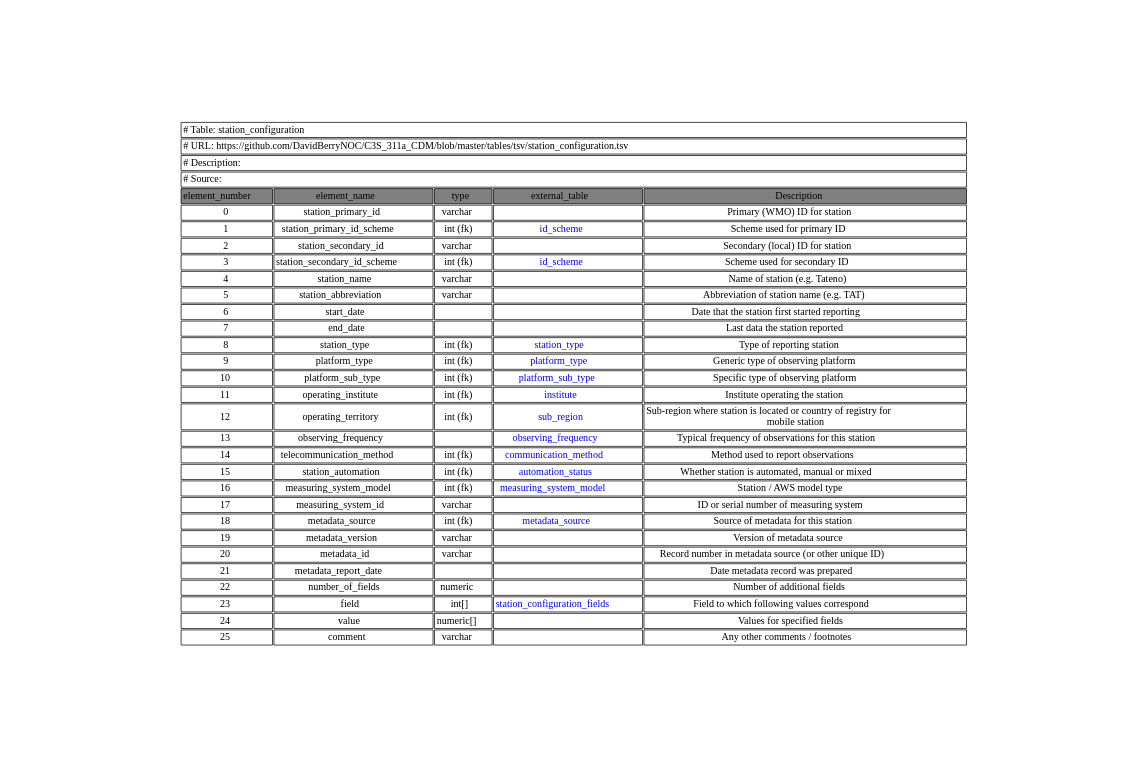
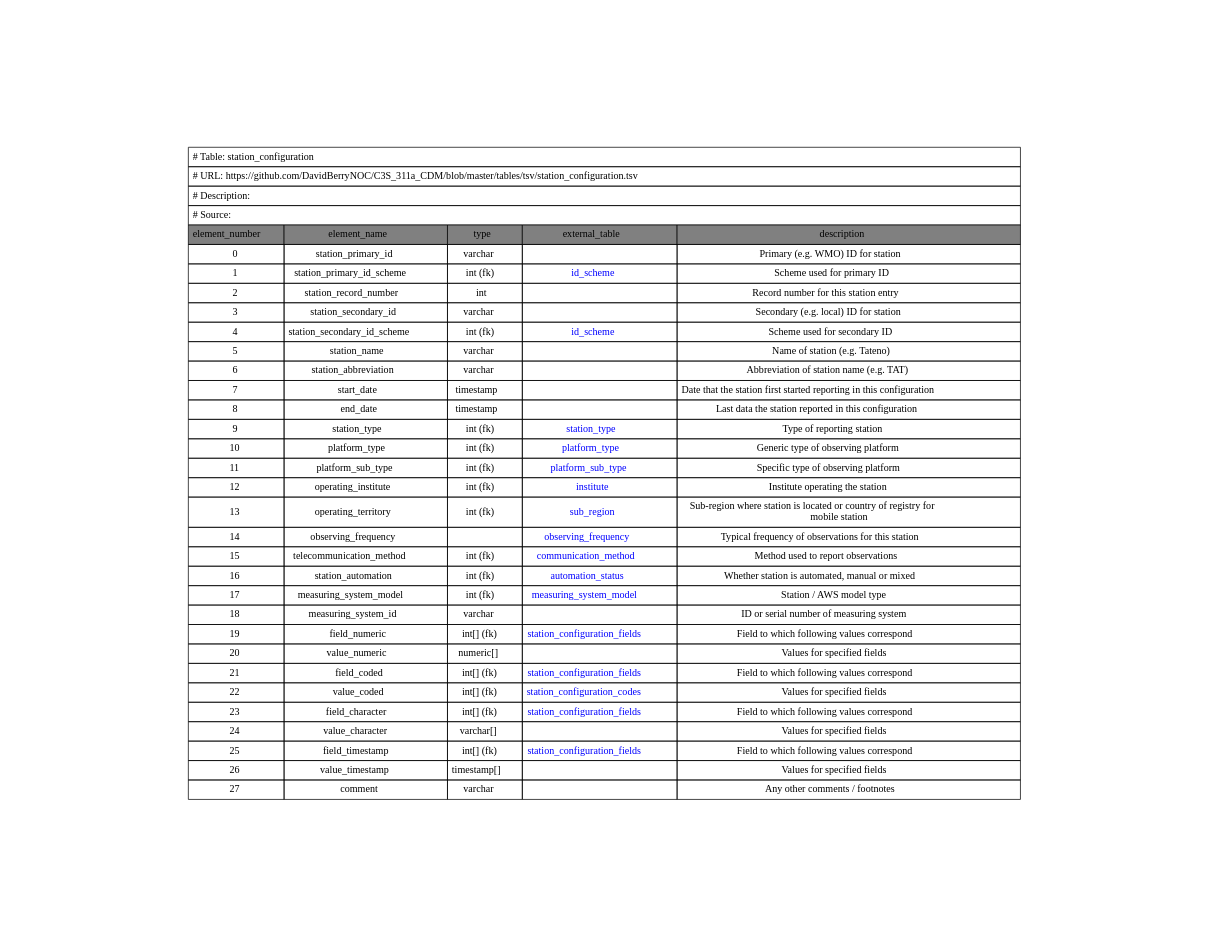
Before and after one commit to glamod/common_data_model: the diagram in graphviz/station_configuration.gv, drawn with Graphviz. The commit also changed 269 other files, not shown here.

```diff
--- a/graphviz/station_configuration.gv
+++ b/graphviz/station_configuration.gv
@@ -1,36 +1,38 @@
 digraph station_configuration {
 node [color=white]
-station_configuration [label=<<TABLE BORDER="0" CELLBORDER="1" CELLSPACING="2" COLOR="BLACK">
+station_configuration [label=<<TABLE BORDER="0" CELLBORDER="1" CELLSPACING="0" CELLPADDING="5" COLOR="BLACK">
 <TR><TD COLSPAN="5" ALIGN="left" PORT="head"># Table: station_configuration</TD></TR>
 <TR><TD COLSPAN="5" ALIGN="left"># URL: https://github.com/DavidBerryNOC/C3S_311a_CDM/blob/master/tables/tsv/station_configuration.tsv</TD></TR>
 <TR><TD ALIGN="left" COLSPAN="5"># Description:</TD></TR>
 <TR><TD ALIGN="left" COLSPAN="5"># Source: </TD></TR>
-<TR><TD BGCOLOR="GRAY">element_number</TD><TD BGCOLOR="GRAY">element_name</TD><TD BGCOLOR="GRAY">type</TD><TD BGCOLOR="GRAY">external_table</TD><TD BGCOLOR="GRAY">Description</TD></TR>
-<TR><TD PORT="station_primary_idL">0</TD><TD>station_primary_id </TD><TD>varchar </TD><TD></TD><TD PORT="station_primary_idR">Primary (WMO) ID for station </TD></TR>
+<TR><TD BGCOLOR="GRAY">element_number</TD><TD BGCOLOR="GRAY">element_name</TD><TD BGCOLOR="GRAY">type</TD><TD BGCOLOR="GRAY">external_table</TD><TD BGCOLOR="GRAY">description</TD></TR>
+<TR><TD PORT="station_primary_idL">0</TD><TD>station_primary_id </TD><TD>varchar </TD><TD></TD><TD PORT="station_primary_idR">Primary (e.g. WMO) ID for station </TD></TR>
 <TR><TD PORT="station_primary_id_schemeL">1</TD><TD>station_primary_id_scheme </TD><TD>int (fk) </TD><TD HREF="https://github.com/DavidBerryNOC/C3S_311a_CDM/blob/master/tables/tsv/id_scheme.tsv"><FONT color="blue">id_scheme </FONT></TD><TD PORT="station_primary_id_schemeR">Scheme used for primary ID </TD></TR>
-<TR><TD PORT="station_secondary_idL">2</TD><TD>station_secondary_id </TD><TD>varchar </TD><TD></TD><TD PORT="station_secondary_idR">Secondary (local) ID for station </TD></TR>
-<TR><TD PORT="station_secondary_id_schemeL">3</TD><TD>station_secondary_id_scheme </TD><TD>int (fk) </TD><TD HREF="https://github.com/DavidBerryNOC/C3S_311a_CDM/blob/master/tables/tsv/id_scheme.tsv"><FONT color="blue">id_scheme </FONT></TD><TD PORT="station_secondary_id_schemeR">Scheme used for secondary ID </TD></TR>
-<TR><TD PORT="station_nameL">4</TD><TD>station_name </TD><TD>varchar </TD><TD></TD><TD PORT="station_nameR">Name of station (e.g. Tateno) </TD></TR>
-<TR><TD PORT="station_abbreviationL">5</TD><TD>station_abbreviation </TD><TD>varchar </TD><TD></TD><TD PORT="station_abbreviationR">Abbreviation of station name (e.g. TAT) </TD></TR>
-<TR><TD PORT="start_dateL">6</TD><TD>start_date </TD><TD></TD><TD></TD><TD PORT="start_dateR">Date that the station first started reporting </TD></TR>
-<TR><TD PORT="end_dateL">7</TD><TD>end_date </TD><TD></TD><TD></TD><TD PORT="end_dateR">Last data the station reported </TD></TR>
-<TR><TD PORT="station_typeL">8</TD><TD>station_type </TD><TD>int (fk) </TD><TD HREF="https://github.com/DavidBerryNOC/C3S_311a_CDM/blob/master/tables/tsv/station_type.tsv"><FONT color="blue">station_type </FONT></TD><TD PORT="station_typeR">Type of reporting station </TD></TR>
-<TR><TD PORT="platform_typeL">9</TD><TD>platform_type </TD><TD>int (fk) </TD><TD HREF="https://github.com/DavidBerryNOC/C3S_311a_CDM/blob/master/tables/tsv/platform_type.tsv"><FONT color="blue">platform_type </FONT></TD><TD PORT="platform_typeR">Generic type of observing platform </TD></TR>
-<TR><TD PORT="platform_sub_typeL">10</TD><TD>platform_sub_type </TD><TD>int (fk) </TD><TD HREF="https://github.com/DavidBerryNOC/C3S_311a_CDM/blob/master/tables/tsv/platform_sub_type.tsv"><FONT color="blue">platform_sub_type </FONT></TD><TD PORT="platform_sub_typeR">Specific type of observing platform </TD></TR>
-<TR><TD PORT="operating_instituteL">11</TD><TD>operating_institute </TD><TD>int (fk) </TD><TD HREF="https://github.com/DavidBerryNOC/C3S_311a_CDM/blob/master/tables/tsv/institute.tsv"><FONT color="blue">institute </FONT></TD><TD PORT="operating_instituteR">Institute operating the station </TD></TR>
-<TR><TD PORT="operating_territoryL">12</TD><TD>operating_territory </TD><TD>int (fk) </TD><TD HREF="https://github.com/DavidBerryNOC/C3S_311a_CDM/blob/master/tables/tsv/sub_region.tsv"><FONT color="blue">sub_region </FONT></TD><TD PORT="operating_territoryR">Sub-region where station is located or country of registry for <BR/>mobile station </TD></TR>
-<TR><TD PORT="observing_frequencyL">13</TD><TD>observing_frequency </TD><TD></TD><TD HREF="https://github.com/DavidBerryNOC/C3S_311a_CDM/blob/master/tables/tsv/observing_frequency.tsv"><FONT color="blue">observing_frequency </FONT></TD><TD PORT="observing_frequencyR">Typical frequency of observations for this station </TD></TR>
-<TR><TD PORT="telecommunication_methodL">14</TD><TD>telecommunication_method </TD><TD>int (fk) </TD><TD HREF="https://github.com/DavidBerryNOC/C3S_311a_CDM/blob/master/tables/tsv/communication_method.tsv"><FONT color="blue">communication_method </FONT></TD><TD PORT="telecommunication_methodR">Method used to report observations </TD></TR>
-<TR><TD PORT="station_automationL">15</TD><TD>station_automation </TD><TD>int (fk) </TD><TD HREF="https://github.com/DavidBerryNOC/C3S_311a_CDM/blob/master/tables/tsv/automation_status.tsv"><FONT color="blue">automation_status </FONT></TD><TD PORT="station_automationR">Whether station is automated, manual or mixed </TD></TR>
-<TR><TD PORT="measuring_system_modelL">16</TD><TD>measuring_system_model </TD><TD>int (fk) </TD><TD HREF="https://github.com/DavidBerryNOC/C3S_311a_CDM/blob/master/tables/tsv/measuring_system_model.tsv"><FONT color="blue">measuring_system_model </FONT></TD><TD PORT="measuring_system_modelR">Station / AWS model type </TD></TR>
-<TR><TD PORT="measuring_system_idL">17</TD><TD>measuring_system_id </TD><TD>varchar </TD><TD></TD><TD PORT="measuring_system_idR">ID or serial number of measuring system </TD></TR>
-<TR><TD PORT="metadata_sourceL">18</TD><TD>metadata_source </TD><TD>int (fk) </TD><TD HREF="https://github.com/DavidBerryNOC/C3S_311a_CDM/blob/master/tables/tsv/metadata_source.tsv"><FONT color="blue">metadata_source </FONT></TD><TD PORT="metadata_sourceR">Source of metadata for this station </TD></TR>
-<TR><TD PORT="metadata_versionL">19</TD><TD>metadata_version </TD><TD>varchar </TD><TD></TD><TD PORT="metadata_versionR">Version of metadata source </TD></TR>
-<TR><TD PORT="metadata_idL">20</TD><TD>metadata_id </TD><TD>varchar </TD><TD></TD><TD PORT="metadata_idR">Record number in metadata source (or other unique ID) </TD></TR>
-<TR><TD PORT="metadata_report_dateL">21</TD><TD>metadata_report_date </TD><TD></TD><TD></TD><TD PORT="metadata_report_dateR">Date metadata record was prepared </TD></TR>
-<TR><TD PORT="number_of_fieldsL">22</TD><TD>number_of_fields </TD><TD>numeric </TD><TD></TD><TD PORT="number_of_fieldsR">Number of additional fields </TD></TR>
-<TR><TD PORT="fieldL">23</TD><TD>field </TD><TD>int[] </TD><TD HREF="https://github.com/DavidBerryNOC/C3S_311a_CDM/blob/master/tables/tsv/station_configuration_fields.tsv"><FONT color="blue">station_configuration_fields </FONT></TD><TD PORT="fieldR">Field to which following values correspond </TD></TR>
-<TR><TD PORT="valueL">24</TD><TD>value </TD><TD>numeric[] </TD><TD></TD><TD PORT="valueR">Values for specified fields </TD></TR>
-<TR><TD PORT="commentL">25</TD><TD>comment </TD><TD>varchar </TD><TD></TD><TD PORT="commentR">Any other comments / footnotes </TD></TR>
+<TR><TD PORT="station_record_numberL">2</TD><TD>station_record_number </TD><TD>int </TD><TD></TD><TD PORT="station_record_numberR">Record number for this station entry </TD></TR>
+<TR><TD PORT="station_secondary_idL">3</TD><TD>station_secondary_id </TD><TD>varchar </TD><TD></TD><TD PORT="station_secondary_idR">Secondary (e.g. local) ID for station </TD></TR>
+<TR><TD PORT="station_secondary_id_schemeL">4</TD><TD>station_secondary_id_scheme </TD><TD>int (fk) </TD><TD HREF="https://github.com/DavidBerryNOC/C3S_311a_CDM/blob/master/tables/tsv/id_scheme.tsv"><FONT color="blue">id_scheme </FONT></TD><TD PORT="station_secondary_id_schemeR">Scheme used for secondary ID </TD></TR>
+<TR><TD PORT="station_nameL">5</TD><TD>station_name </TD><TD>varchar </TD><TD></TD><TD PORT="station_nameR">Name of station (e.g. Tateno) </TD></TR>
+<TR><TD PORT="station_abbreviationL">6</TD><TD>station_abbreviation </TD><TD>varchar </TD><TD></TD><TD PORT="station_abbreviationR">Abbreviation of station name (e.g. TAT) </TD></TR>
+<TR><TD PORT="start_dateL">7</TD><TD>start_date </TD><TD>timestamp </TD><TD></TD><TD PORT="start_dateR">Date that the station first started reporting in this configuration <BR/></TD></TR>
+<TR><TD PORT="end_dateL">8</TD><TD>end_date </TD><TD>timestamp </TD><TD></TD><TD PORT="end_dateR">Last data the station reported in this configuration </TD></TR>
+<TR><TD PORT="station_typeL">9</TD><TD>station_type </TD><TD>int (fk) </TD><TD HREF="https://github.com/DavidBerryNOC/C3S_311a_CDM/blob/master/tables/tsv/station_type.tsv"><FONT color="blue">station_type </FONT></TD><TD PORT="station_typeR">Type of reporting station </TD></TR>
+<TR><TD PORT="platform_typeL">10</TD><TD>platform_type </TD><TD>int (fk) </TD><TD HREF="https://github.com/DavidBerryNOC/C3S_311a_CDM/blob/master/tables/tsv/platform_type.tsv"><FONT color="blue">platform_type </FONT></TD><TD PORT="platform_typeR">Generic type of observing platform </TD></TR>
+<TR><TD PORT="platform_sub_typeL">11</TD><TD>platform_sub_type </TD><TD>int (fk) </TD><TD HREF="https://github.com/DavidBerryNOC/C3S_311a_CDM/blob/master/tables/tsv/platform_sub_type.tsv"><FONT color="blue">platform_sub_type </FONT></TD><TD PORT="platform_sub_typeR">Specific type of observing platform </TD></TR>
+<TR><TD PORT="operating_instituteL">12</TD><TD>operating_institute </TD><TD>int (fk) </TD><TD HREF="https://github.com/DavidBerryNOC/C3S_311a_CDM/blob/master/tables/tsv/institute.tsv"><FONT color="blue">institute </FONT></TD><TD PORT="operating_instituteR">Institute operating the station </TD></TR>
+<TR><TD PORT="operating_territoryL">13</TD><TD>operating_territory </TD><TD>int (fk) </TD><TD HREF="https://github.com/DavidBerryNOC/C3S_311a_CDM/blob/master/tables/tsv/sub_region.tsv"><FONT color="blue">sub_region </FONT></TD><TD PORT="operating_territoryR">Sub-region where station is located or country of registry for <BR/>mobile station </TD></TR>
+<TR><TD PORT="observing_frequencyL">14</TD><TD>observing_frequency </TD><TD></TD><TD HREF="https://github.com/DavidBerryNOC/C3S_311a_CDM/blob/master/tables/tsv/observing_frequency.tsv"><FONT color="blue">observing_frequency </FONT></TD><TD PORT="observing_frequencyR">Typical frequency of observations for this station </TD></TR>
+<TR><TD PORT="telecommunication_methodL">15</TD><TD>telecommunication_method </TD><TD>int (fk) </TD><TD HREF="https://github.com/DavidBerryNOC/C3S_311a_CDM/blob/master/tables/tsv/communication_method.tsv"><FONT color="blue">communication_method </FONT></TD><TD PORT="telecommunication_methodR">Method used to report observations </TD></TR>
+<TR><TD PORT="station_automationL">16</TD><TD>station_automation </TD><TD>int (fk) </TD><TD HREF="https://github.com/DavidBerryNOC/C3S_311a_CDM/blob/master/tables/tsv/automation_status.tsv"><FONT color="blue">automation_status </FONT></TD><TD PORT="station_automationR">Whether station is automated, manual or mixed </TD></TR>
+<TR><TD PORT="measuring_system_modelL">17</TD><TD>measuring_system_model </TD><TD>int (fk) </TD><TD HREF="https://github.com/DavidBerryNOC/C3S_311a_CDM/blob/master/tables/tsv/measuring_system_model.tsv"><FONT color="blue">measuring_system_model </FONT></TD><TD PORT="measuring_system_modelR">Station / AWS model type </TD></TR>
+<TR><TD PORT="measuring_system_idL">18</TD><TD>measuring_system_id </TD><TD>varchar </TD><TD></TD><TD PORT="measuring_system_idR">ID or serial number of measuring system </TD></TR>
+<TR><TD PORT="field_numericL">19</TD><TD>field_numeric </TD><TD>int[] (fk) </TD><TD HREF="https://github.com/DavidBerryNOC/C3S_311a_CDM/blob/master/tables/tsv/station_configuration_fields.tsv"><FONT color="blue">station_configuration_fields </FONT></TD><TD PORT="field_numericR">Field to which following values correspond </TD></TR>
+<TR><TD PORT="value_numericL">20</TD><TD>value_numeric </TD><TD>numeric[] </TD><TD></TD><TD PORT="value_numericR">Values for specified fields </TD></TR>
+<TR><TD PORT="field_codedL">21</TD><TD>field_coded </TD><TD>int[] (fk) </TD><TD HREF="https://github.com/DavidBerryNOC/C3S_311a_CDM/blob/master/tables/tsv/station_configuration_fields.tsv"><FONT color="blue">station_configuration_fields </FONT></TD><TD PORT="field_codedR">Field to which following values correspond </TD></TR>
+<TR><TD PORT="value_codedL">22</TD><TD>value_coded </TD><TD>int[] (fk) </TD><TD HREF="https://github.com/DavidBerryNOC/C3S_311a_CDM/blob/master/tables/tsv/station_configuration_codes.tsv"><FONT color="blue">station_configuration_codes </FONT></TD><TD PORT="value_codedR">Values for specified fields </TD></TR>
+<TR><TD PORT="field_characterL">23</TD><TD>field_character </TD><TD>int[] (fk) </TD><TD HREF="https://github.com/DavidBerryNOC/C3S_311a_CDM/blob/master/tables/tsv/station_configuration_fields.tsv"><FONT color="blue">station_configuration_fields </FONT></TD><TD PORT="field_characterR">Field to which following values correspond </TD></TR>
+<TR><TD PORT="value_characterL">24</TD><TD>value_character </TD><TD>varchar[] </TD><TD></TD><TD PORT="value_characterR">Values for specified fields </TD></TR>
+<TR><TD PORT="field_timestampL">25</TD><TD>field_timestamp </TD><TD>int[] (fk) </TD><TD HREF="https://github.com/DavidBerryNOC/C3S_311a_CDM/blob/master/tables/tsv/station_configuration_fields.tsv"><FONT color="blue">station_configuration_fields </FONT></TD><TD PORT="field_timestampR">Field to which following values correspond </TD></TR>
+<TR><TD PORT="value_timestampL">26</TD><TD>value_timestamp </TD><TD>timestamp[] </TD><TD></TD><TD PORT="value_timestampR">Values for specified fields </TD></TR>
+<TR><TD PORT="commentL">27</TD><TD>comment </TD><TD>varchar </TD><TD></TD><TD PORT="commentR">Any other comments / footnotes </TD></TR>
 </TABLE>>];
 }
```
